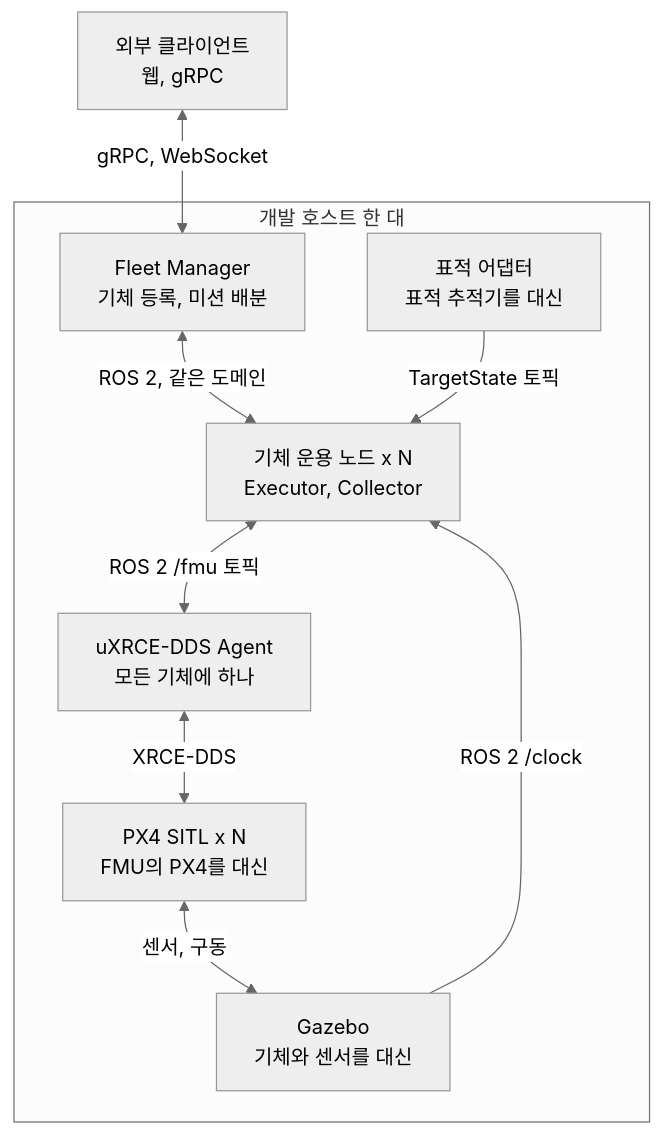
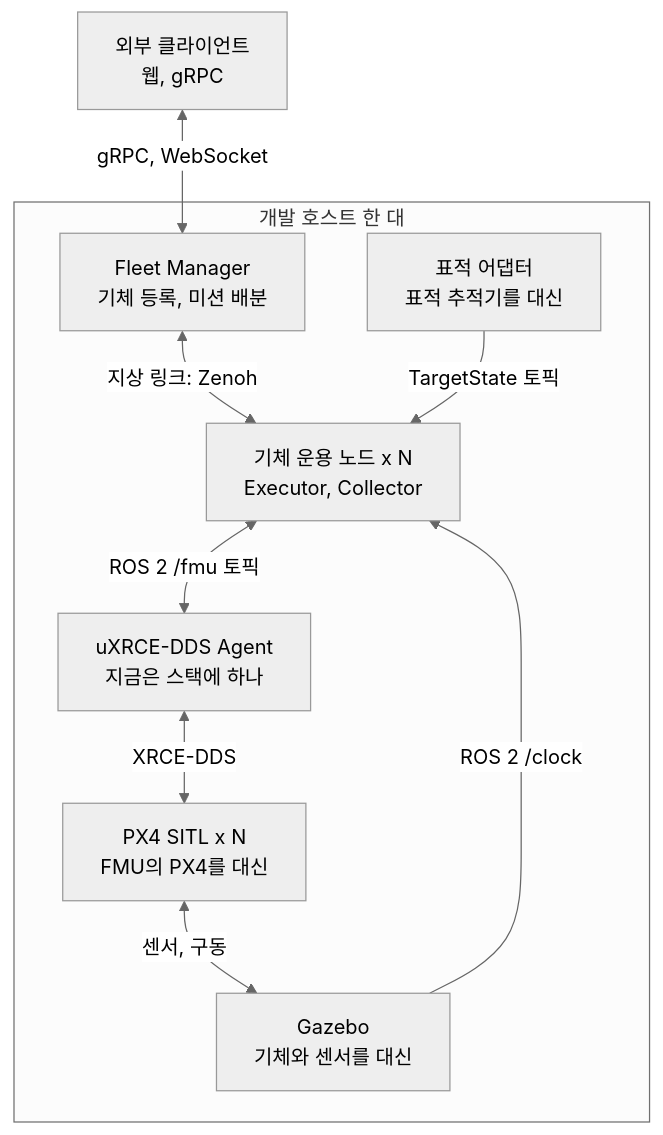
The second of 9 diagrams in docs/architecture.md (danielhongwoo/idsim), drawn with Mermaid (neutral theme) before and after one commit. The commit also changed other lines of this file and 2 other files, not shown here.

````diff
--- a/docs/architecture.md
+++ b/docs/architecture.md
@@ -67,19 +67,19 @@
 ```mermaid
 flowchart TB
   EXT["외부 클라이언트<br/>웹, gRPC"]
   subgraph HOST["개발 호스트 한 대"]
     FM["Fleet Manager<br/>기체 등록, 미션 배분"]
     OPS["기체 운용 노드 x N<br/>Executor, Collector"]
-    AG["uXRCE-DDS Agent<br/>모든 기체에 하나"]
+    AG["uXRCE-DDS Agent<br/>지금은 스택에 하나"]
     PX["PX4 SITL x N<br/>FMU의 PX4를 대신"]
     GZ["Gazebo<br/>기체와 센서를 대신"]
     TP["표적 어댑터<br/>표적 추적기를 대신"]
   end
   EXT <-->|"gRPC, WebSocket"| FM
-  FM <-->|"ROS 2, 같은 도메인"| OPS
+  FM <-->|"지상 링크: Zenoh"| OPS
   OPS <-->|"ROS 2 /fmu 토픽"| AG
   AG <-->|"XRCE-DDS"| PX
   PX <-->|"센서, 구동"| GZ
   GZ -->|"ROS 2 /clock"| OPS
   TP -->|"TargetState 토픽"| OPS
 ```
````
